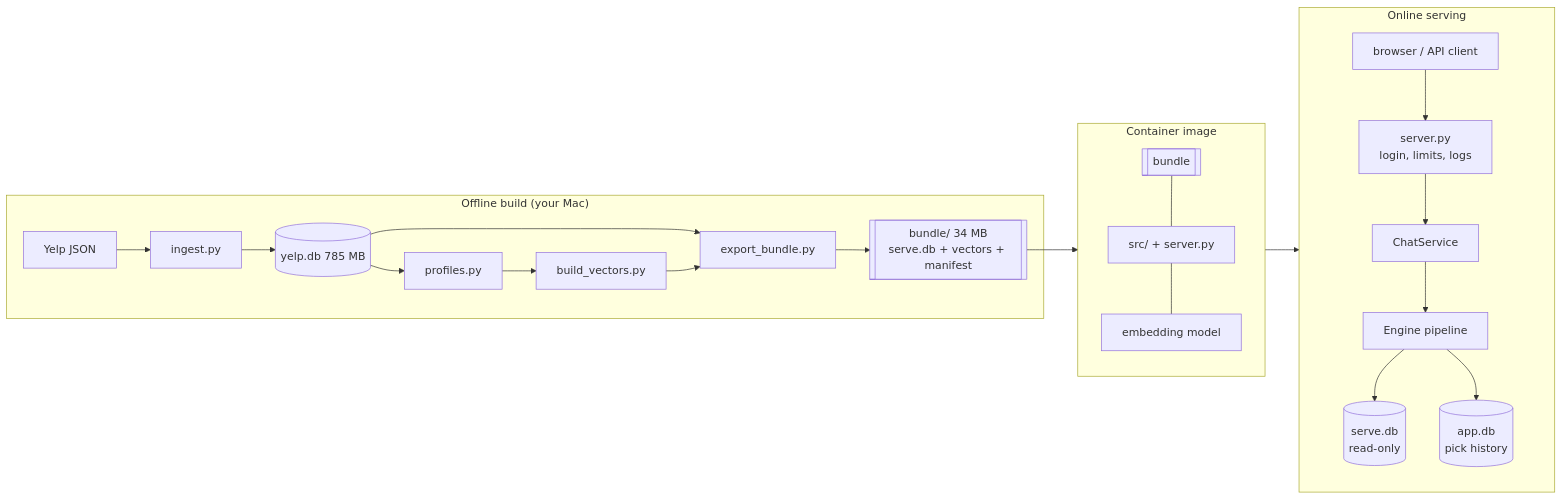
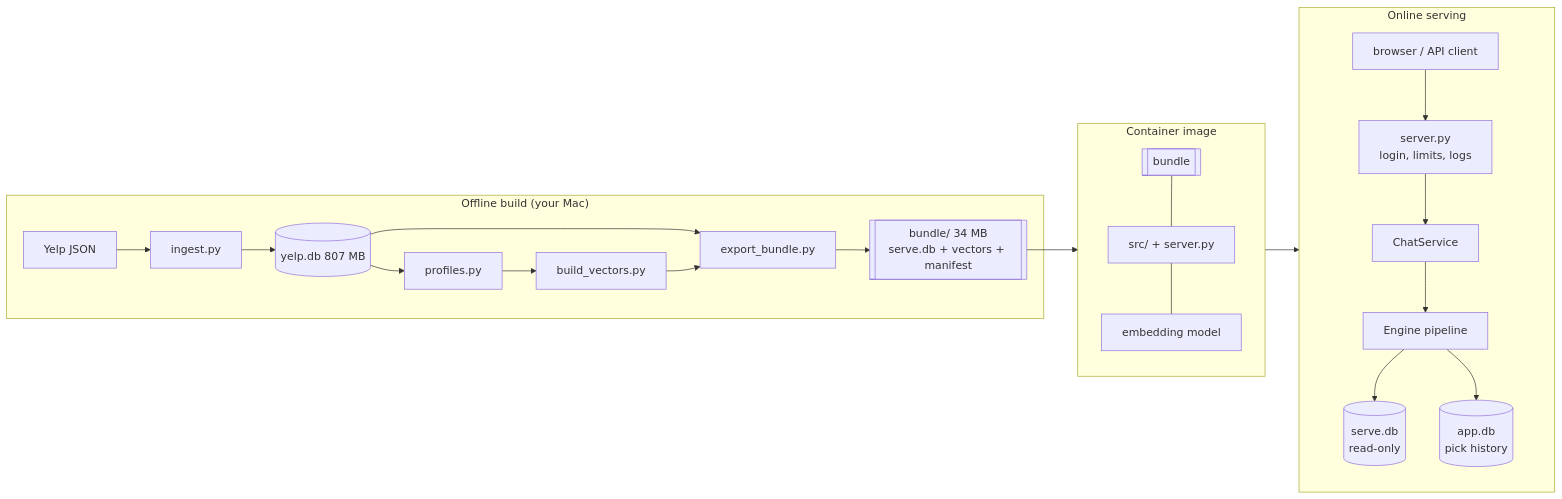
Before and after one commit to zararaz/stunning-broccoli: the diagram in docs/PRODUCTION.md, drawn with Mermaid. The commit also changed other lines of this file and 3 other files, not shown here.

First line of the commit message:
Add a roadmap: goals, success measures, milestones, decisions, risks

````diff
--- a/docs/PRODUCTION.md
+++ b/docs/PRODUCTION.md
@@ -20,21 +20,21 @@
 ```mermaid
 flowchart LR
     subgraph offline["Offline build (your Mac)"]
-        Y[Yelp JSON] --> ING[ingest.py] --> DB[(yelp.db 785 MB)]
+        Y[Yelp JSON] --> ING[ingest.py] --> DB[(yelp.db 807 MB)]
         DB --> PRO[profiles.py] --> VEC[build_vectors.py]
         DB --> EXP[export_bundle.py]
         VEC --> EXP
         EXP --> B[[bundle/ 34 MB<br/>serve.db + vectors + manifest]]
     end
     subgraph image["Container image"]
         B2[[bundle]] --- CODE[src/ + server.py] --- MODEL[embedding model]
     end
     B --> image
     subgraph online["Online serving"]
         U[browser / API client] --> SRV[server.py<br/>login, limits, logs]
         SRV --> SVC[ChatService] --> ENG[Engine pipeline]
         ENG --> RO[(serve.db<br/>read-only)]
         ENG --> ST[(app.db<br/>pick history)]
     end
     image --> online
 ```
````
